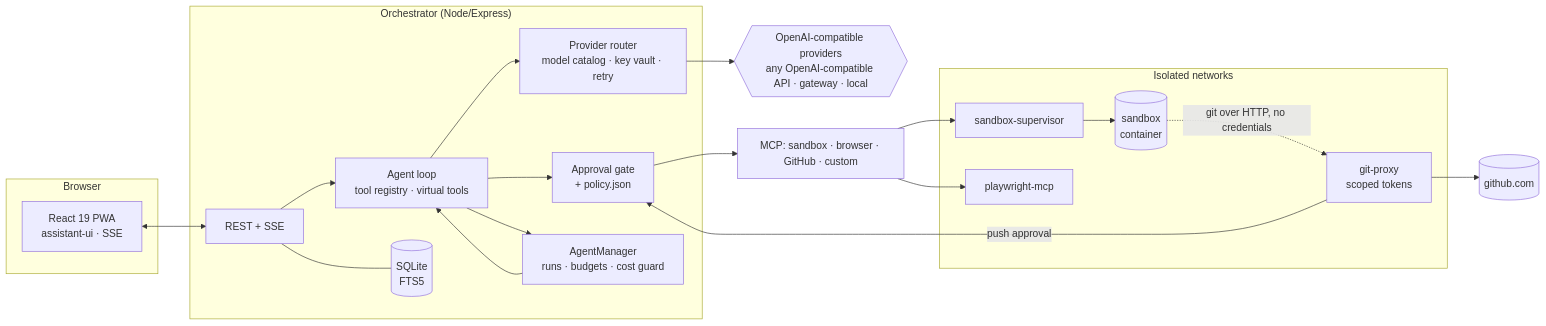
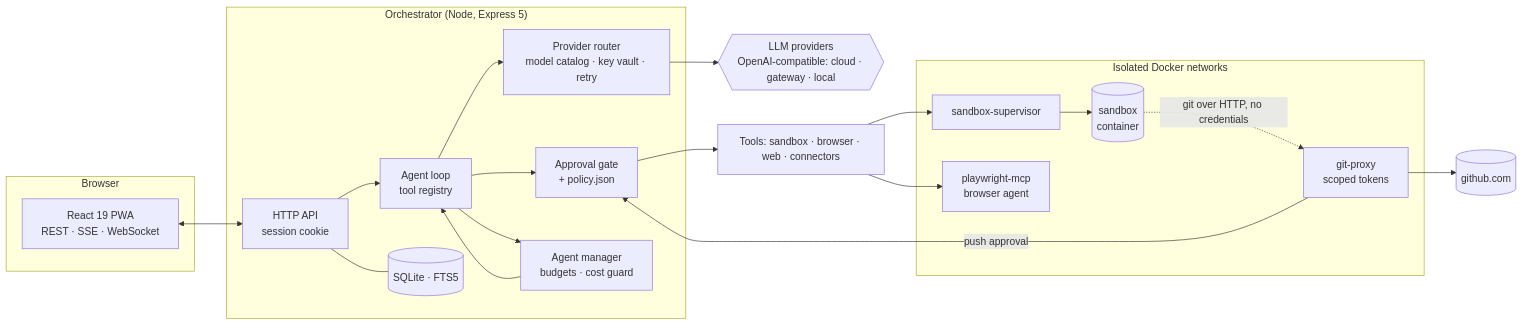
Before and after one commit to prod-explore/everything-app: the diagram in README.md, drawn with Mermaid. The commit also changed other lines of this file and 9 other files, not shown here.

````diff
--- a/README.md
+++ b/README.md
@@ -41,28 +45,28 @@
 ```mermaid
 flowchart LR
   subgraph Browser
-    UI[React 19 PWA<br/>assistant-ui · SSE]
+    UI[React 19 PWA<br/>REST · SSE · WebSocket]
   end
-  subgraph Orchestrator["Orchestrator (Node/Express)"]
-    API[REST + SSE]
-    LOOP[Agent loop<br/>tool registry · virtual tools]
+  subgraph Orchestrator["Orchestrator (Node, Express 5)"]
+    API[HTTP API<br/>session cookie]
+    LOOP[Agent loop<br/>tool registry]
     GATE[Approval gate<br/>+ policy.json]
     ROUTER[Provider router<br/>model catalog · key vault · retry]
-    AGENTS[AgentManager<br/>runs · budgets · cost guard]
-    DB[(SQLite<br/>FTS5)]
+    AGENTS[Agent manager<br/>budgets · cost guard]
+    DB[(SQLite · FTS5)]
   end
-  subgraph Isolated["Isolated networks"]
+  subgraph Isolated["Isolated Docker networks"]
     SUP[sandbox-supervisor] --> SBX[(sandbox<br/>container)]
-    PW[playwright-mcp]
+    PW[playwright-mcp<br/>browser agent]
     GP[git-proxy<br/>scoped tokens]
   end
   UI <--> API
-  API --> LOOP --> ROUTER --> LLM{{OpenAI-compatible providers<br/>any OpenAI-compatible API · gateway · local}}
-  LOOP --> GATE --> MCP[MCP: sandbox · browser · GitHub · custom]
+  API --- DB
+  API --> LOOP --> ROUTER --> LLM{{"LLM providers<br/>OpenAI-compatible: cloud · gateway · local"}}
+  LOOP --> GATE --> TOOLS["Tools: sandbox · browser · web · connectors"]
   LOOP --> AGENTS --> LOOP
-  API --- DB
-  MCP --> SUP
-  MCP --> PW
+  TOOLS --> SUP
+  TOOLS --> PW
   SBX -. git over HTTP, no credentials .-> GP --> GH[(github.com)]
   GP -- push approval --> GATE
 ```
````
